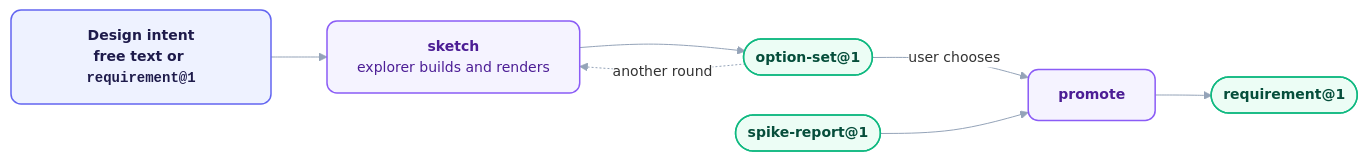
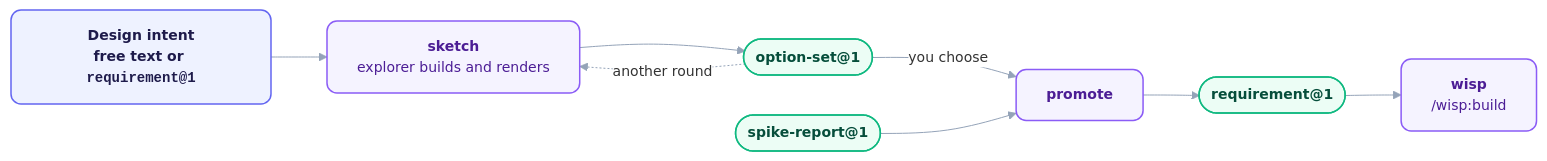
One commit to orin-dx/wisp-plugins changed the diagram in plugins/muse/README.md. Above: the diagram before and after it, drawn with Mermaid. The commit also changed other lines of this file and 43 other files, not shown here.

First line of the commit message:
docs: finish v5 docs, diagrams, plugin READMEs and mason for the v5 model

````diff
--- a/plugins/muse/README.md
+++ b/plugins/muse/README.md
@@ -56,18 +33,19 @@
 ```mermaid
 %%{init: {'theme': 'base', 'flowchart': {'curve': 'basis', 'nodeSpacing': 40, 'rankSpacing': 56}, 'themeVariables': {'fontFamily': 'Inter, ui-sans-serif, system-ui, sans-serif', 'fontSize': '14px', 'lineColor': '#94a3b8', 'edgeLabelBackground': '#ffffff'}}}%%
 flowchart LR
     classDef source fill:#eef2ff,stroke:#6366f1,stroke-width:1.5px,color:#1e1b4b,rx:10px,ry:10px,font-weight:600;
     classDef engine fill:#f5f3ff,stroke:#8b5cf6,stroke-width:1.5px,color:#4c1d95,rx:10px,ry:10px;
     classDef output fill:#ecfdf5,stroke:#10b981,stroke-width:1.5px,color:#064e3b,rx:10px,ry:10px,font-weight:600;
 
     Intent["<b>Design intent</b><br/>free text or <code>requirement@1</code>"] --> Sketch["<b>sketch</b><br/>explorer builds and renders"]
     Sketch --> Options(["option-set@1"])
-    Options -->|"user chooses"| Promote["<b>promote</b>"]
+    Options -.->|"another round"| Sketch
+    Options -->|"you choose"| Promote["<b>promote</b>"]
     Spike(["spike-report@1"]) --> Promote
     Promote --> Req(["requirement@1"])
-    Options -.->|"another round"| Sketch
+    Req --> Build["<b>wisp</b><br/>/wisp:build"]
 
     class Intent source
-    class Sketch,Promote engine
+    class Sketch,Promote,Build engine
     class Options,Req,Spike output
 ```
````
